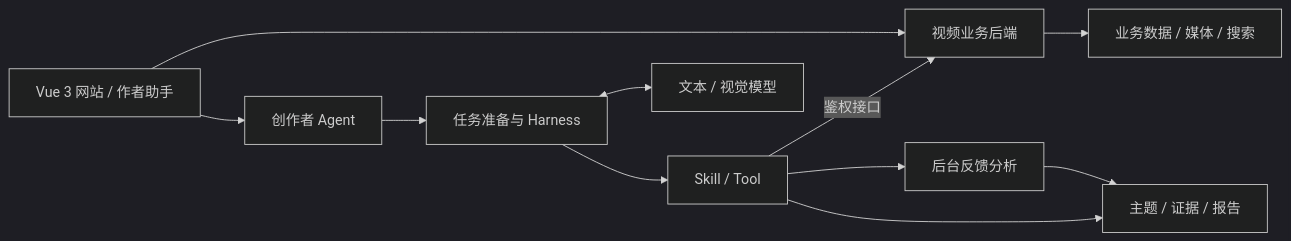
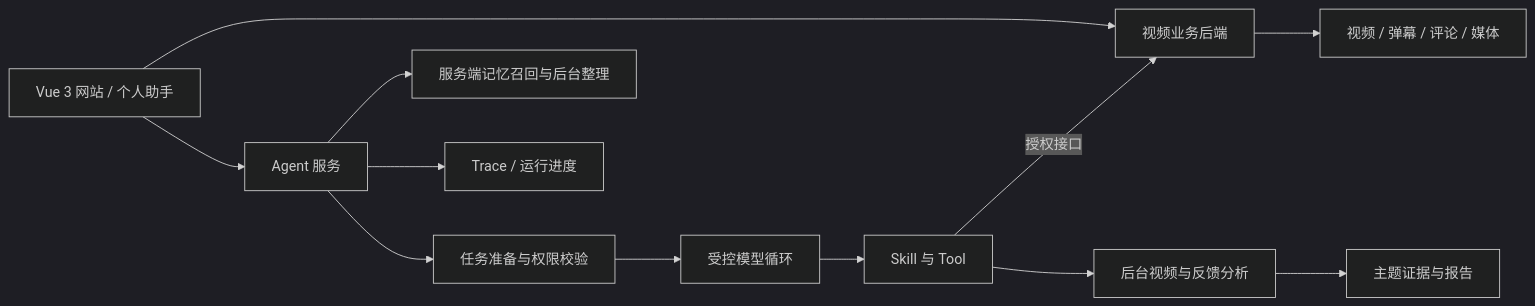
Before and after one commit to NBSW002/Tianmu: the first of 4 diagrams in README.md, drawn with Mermaid (dark theme). The commit also changed other lines of this file and 8 other files, not shown here.

Commit message:
完善项目说明与架构流程图

````diff
--- a/README.md
+++ b/README.md
@@ -119,13 +124,14 @@
 ```mermaid
 flowchart LR
-    Web["Vue 3 网站 / 作者助手"] --> Business["视频业务后端"]
-    Web --> Agent["创作者 Agent"]
-    Business --> Data["业务数据 / 媒体 / 搜索"]
-    Agent --> Harness["任务准备与 Harness"]
-    Harness --> Tools["Skill / Tool"]
-    Harness <--> Model["文本 / 视觉模型"]
-    Tools -->|鉴权接口| Business
-    Tools --> Feedback["后台反馈分析"]
-    Feedback --> Results["主题 / 证据 / 报告"]
-    Tools --> Results
+    Web["Vue 3 网站 / 个人助手"] --> Business["视频业务后端"]
+    Web --> Agent["Agent 服务"]
+    Business --> Data["视频 / 弹幕 / 评论 / 媒体"]
+    Agent --> Prepare["任务准备与权限校验"]
+    Prepare --> Loop["受控模型循环"]
+    Loop --> Tools["Skill 与 Tool"]
+    Tools -->|授权接口| Business
+    Tools --> Analysis["后台视频与反馈分析"]
+    Analysis --> Report["主题证据与报告"]
+    Agent --> Memory["服务端记忆召回与后台整理"]
+    Agent --> Trace["Trace / 运行进度"]
 ```
````
